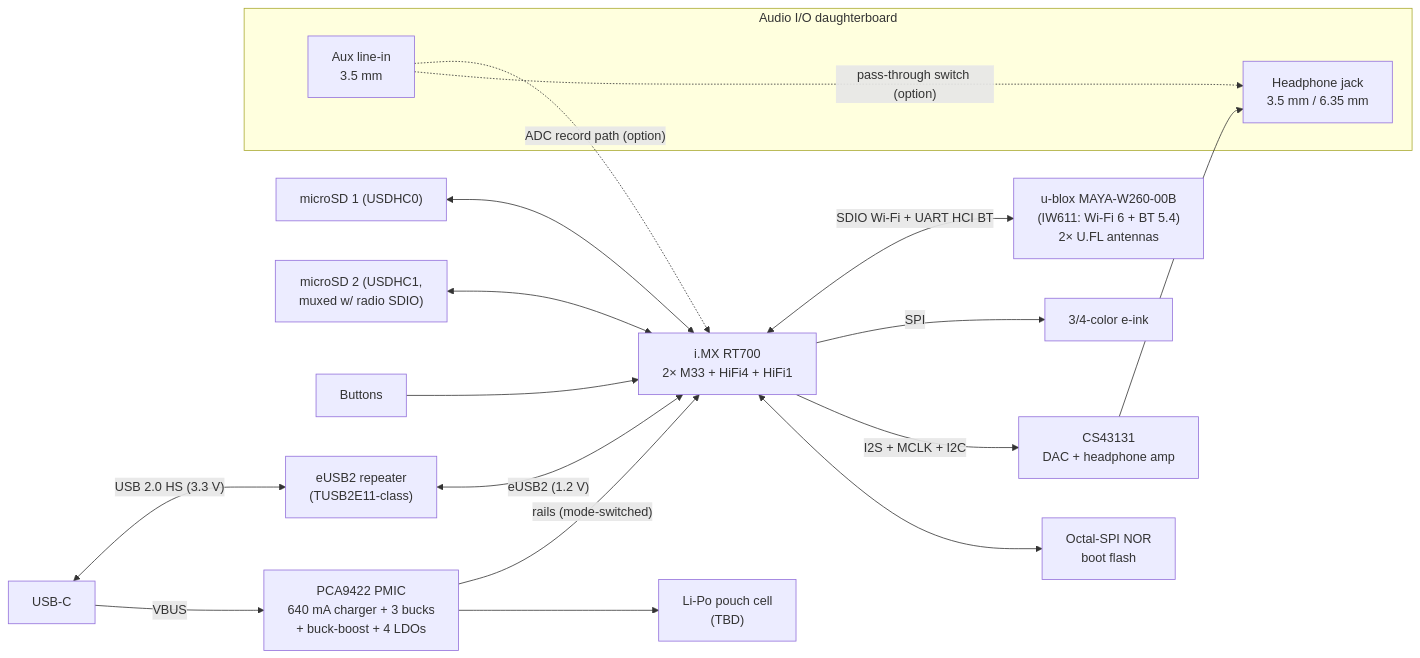
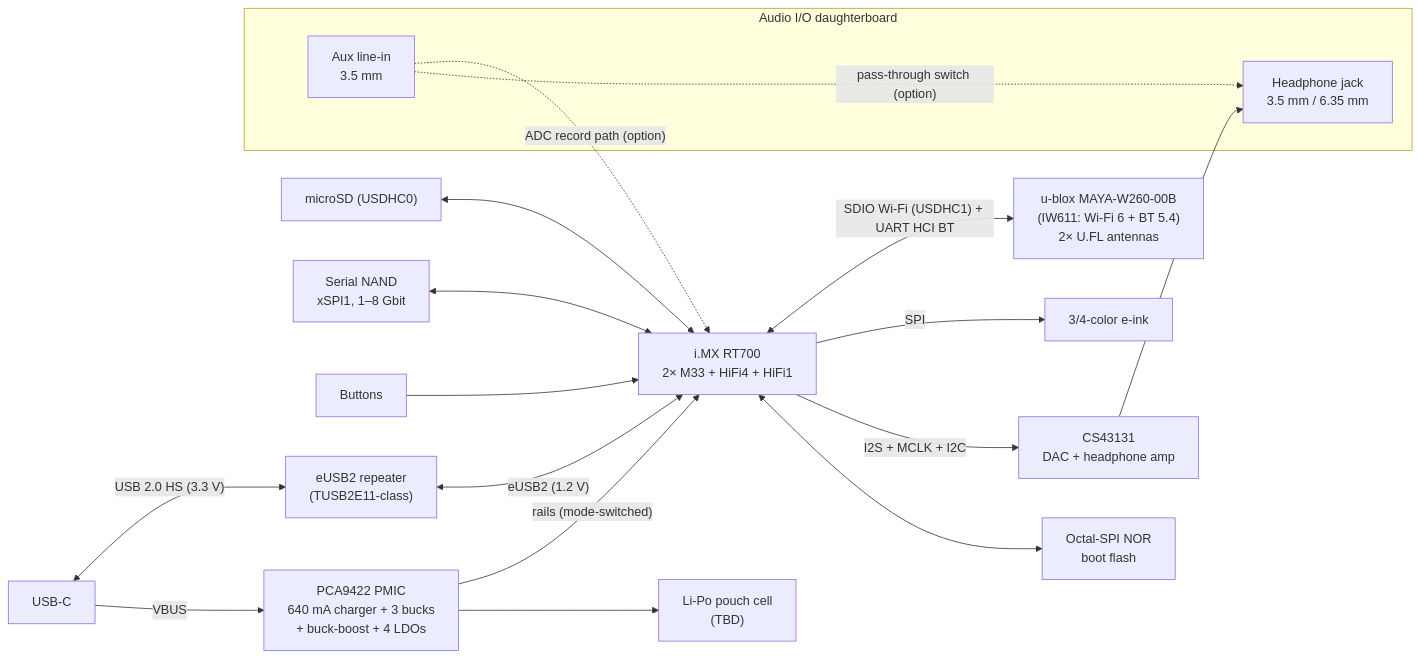
One commit to hoover55/osap changed the diagram in DESIGN.md. Above: the diagram before and after it, drawn with Mermaid. The commit also changed other lines of this file and 1 other file, not shown here.

First line of the commit message:
Single microSD slot; add internal serial NAND on xSPI1

````diff
--- a/DESIGN.md
+++ b/DESIGN.md
@@ -69,34 +69,34 @@
 ```mermaid
 flowchart LR
     USBC["USB-C"]
     PMIC["PCA9422 PMIC<br/>640 mA charger + 3 bucks<br/>+ buck-boost + 4 LDOs"]
     BATT["Li-Po pouch cell<br/>(TBD)"]
     RPT["eUSB2 repeater<br/>(TUSB2E11-class)"]
     MCU["i.MX RT700<br/>2× M33 + HiFi4 + HiFi1"]
     FLASH["Octal-SPI NOR<br/>boot flash"]
     RADIO["u-blox MAYA-W260-00B<br/>(IW611: Wi-Fi 6 + BT 5.4)<br/>2× U.FL antennas"]
     DAC["CS43131<br/>DAC + headphone amp"]
 
     subgraph DB["Audio I/O daughterboard"]
         JACK["Headphone jack<br/>3.5 mm / 6.35 mm"]
         AUX["Aux line-in<br/>3.5 mm"]
     end
-    SD1["microSD 1 (USDHC0)"]
-    SD2["microSD 2 (USDHC1,<br/>muxed w/ radio SDIO)"]
+    SD["microSD (USDHC0)"]
+    NAND["Serial NAND<br/>xSPI1, 1–8 Gbit"]
     EINK["3/4-color e-ink"]
     BTNS["Buttons"]
 
     USBC -- "VBUS" --> PMIC --> BATT
     PMIC -- "rails (mode-switched)" --> MCU
     USBC <-- "USB 2.0 HS (3.3 V)" --> RPT
     RPT <-- "eUSB2 (1.2 V)" --> MCU
     MCU <--> FLASH
     MCU -- "I2S + MCLK + I2C" --> DAC --> JACK
     AUX -. "pass-through switch (option)" .-> JACK
     AUX -. "ADC record path (option)" .-> MCU
-    SD1 <--> MCU
-    SD2 <--> MCU
+    SD <--> MCU
+    NAND <--> MCU
     MCU -- "SPI" --> EINK
     BTNS --> MCU
-    MCU <-- "SDIO Wi-Fi + UART HCI BT" --> RADIO
+    MCU <-- "SDIO Wi-Fi (USDHC1) + UART HCI BT" --> RADIO
 ```
````
